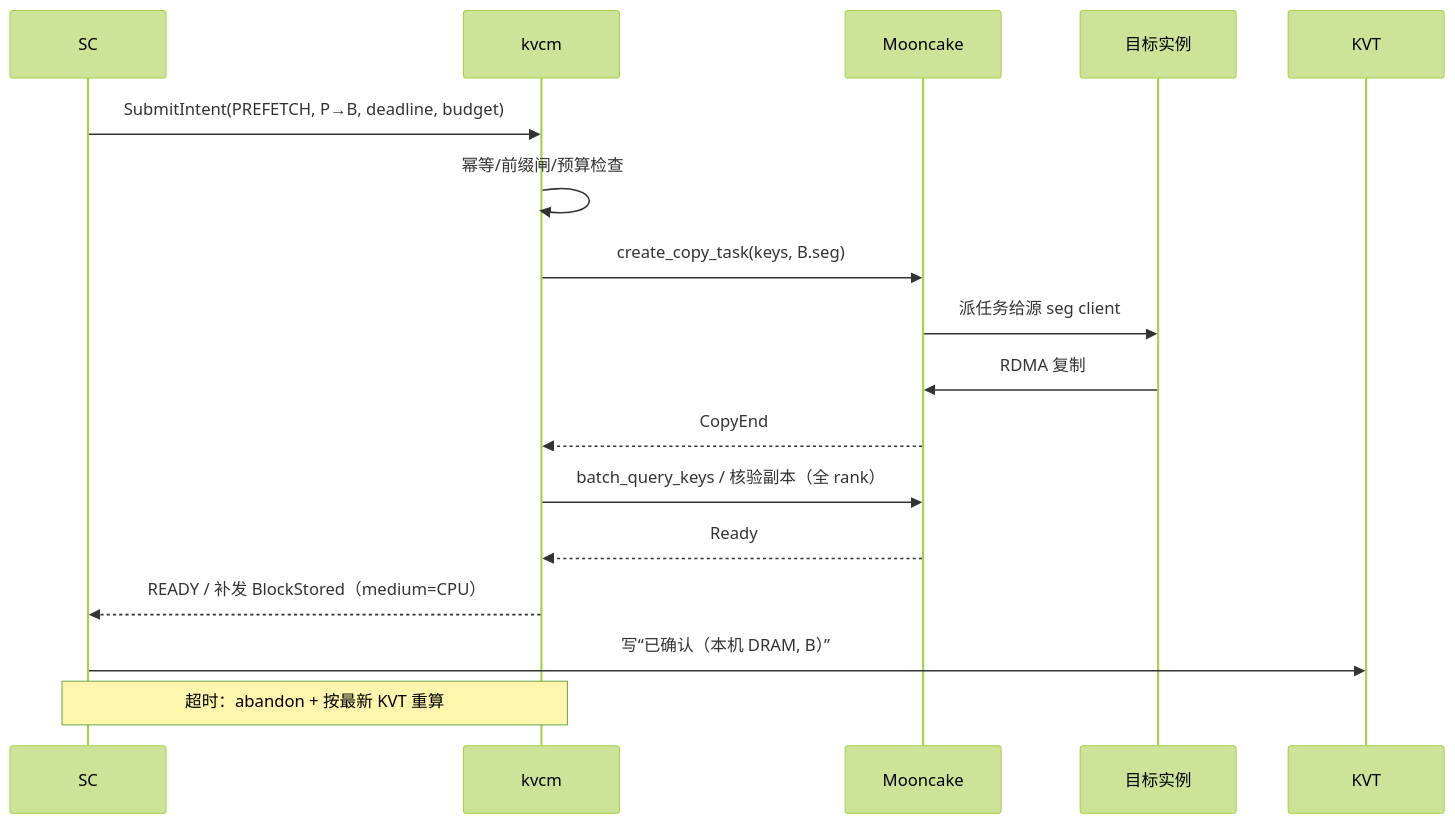
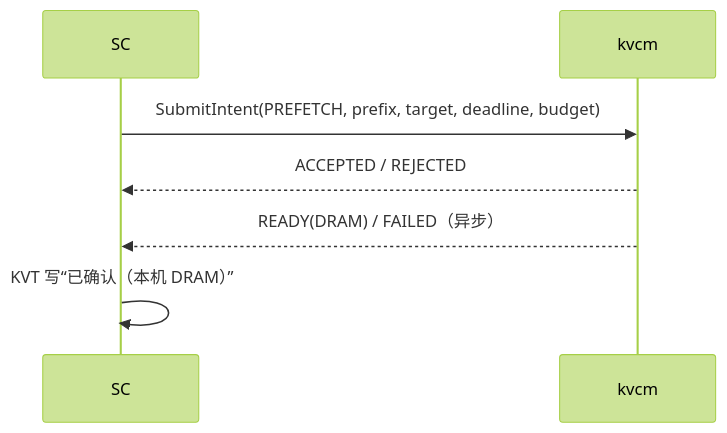
Before and after one commit to 5x8-40/lake: the third of 9 diagrams in kvcm/design/D8b-scheduling-sequences.md, drawn with Mermaid (forest theme). The commit also changed other lines of this file, not shown here.

````diff
--- a/kvcm/design/D8b-scheduling-sequences.md
+++ b/kvcm/design/D8b-scheduling-sequences.md
@@ -73,20 +84,10 @@
 ```mermaid
 sequenceDiagram
     participant R as SC
     participant K as kvcm
-    participant M as Mooncake
-    participant W as 目标实例
-    participant KVT as KVT
 
-    R->>K: SubmitIntent(PREFETCH, P→B, deadline, budget)
-    K->>K: 幂等/前缀闸/预算检查
-    K->>M: create_copy_task(keys, B.seg)
-    M->>W: 派任务给源 seg client
-    W->>M: RDMA 复制
-    M-->>K: CopyEnd
-    K->>M: batch_query_keys / 核验副本（全 rank）
-    M-->>K: Ready
-    K-->>R: READY / 补发 BlockStored（medium=CPU）
-    R->>KVT: 写“已确认（本机 DRAM, B）”
-    Note over R,K: 超时：abandon + 按最新 KVT 重算
+    R->>K: SubmitIntent(PREFETCH, prefix, target, deadline, budget)
+    K-->>R: ACCEPTED / REJECTED
+    K-->>R: READY(DRAM) / FAILED（异步）
+    R->>R: KVT 写“已确认（本机 DRAM）”
 ```
````
